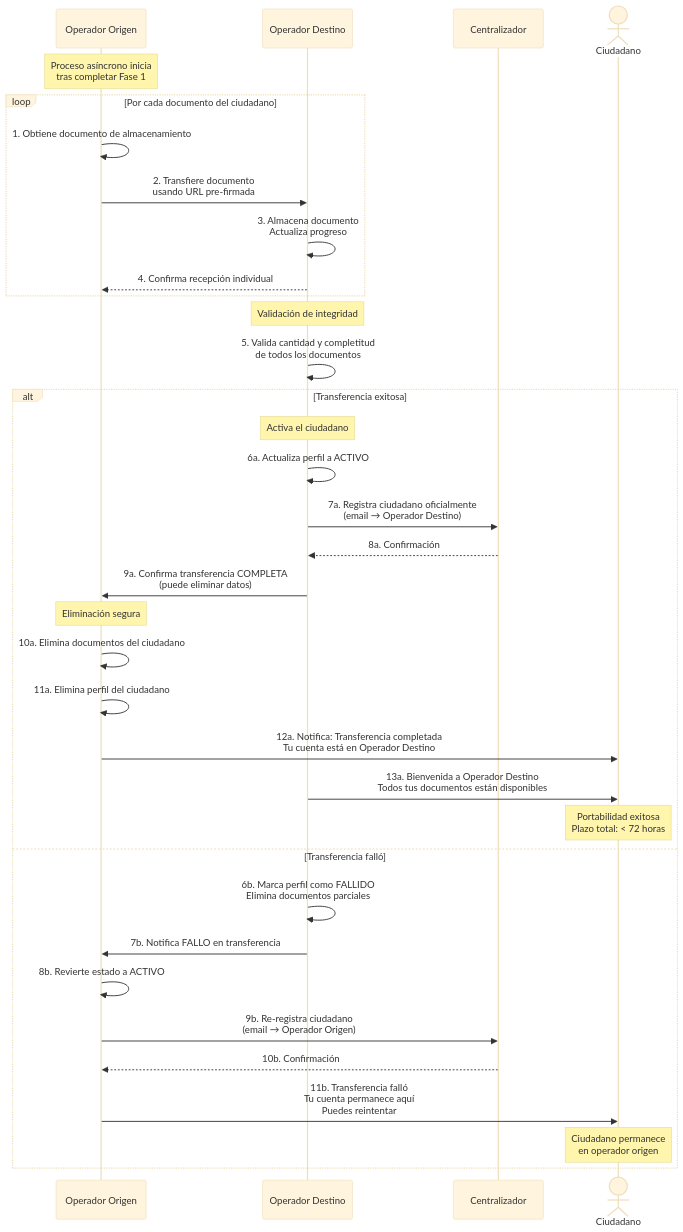
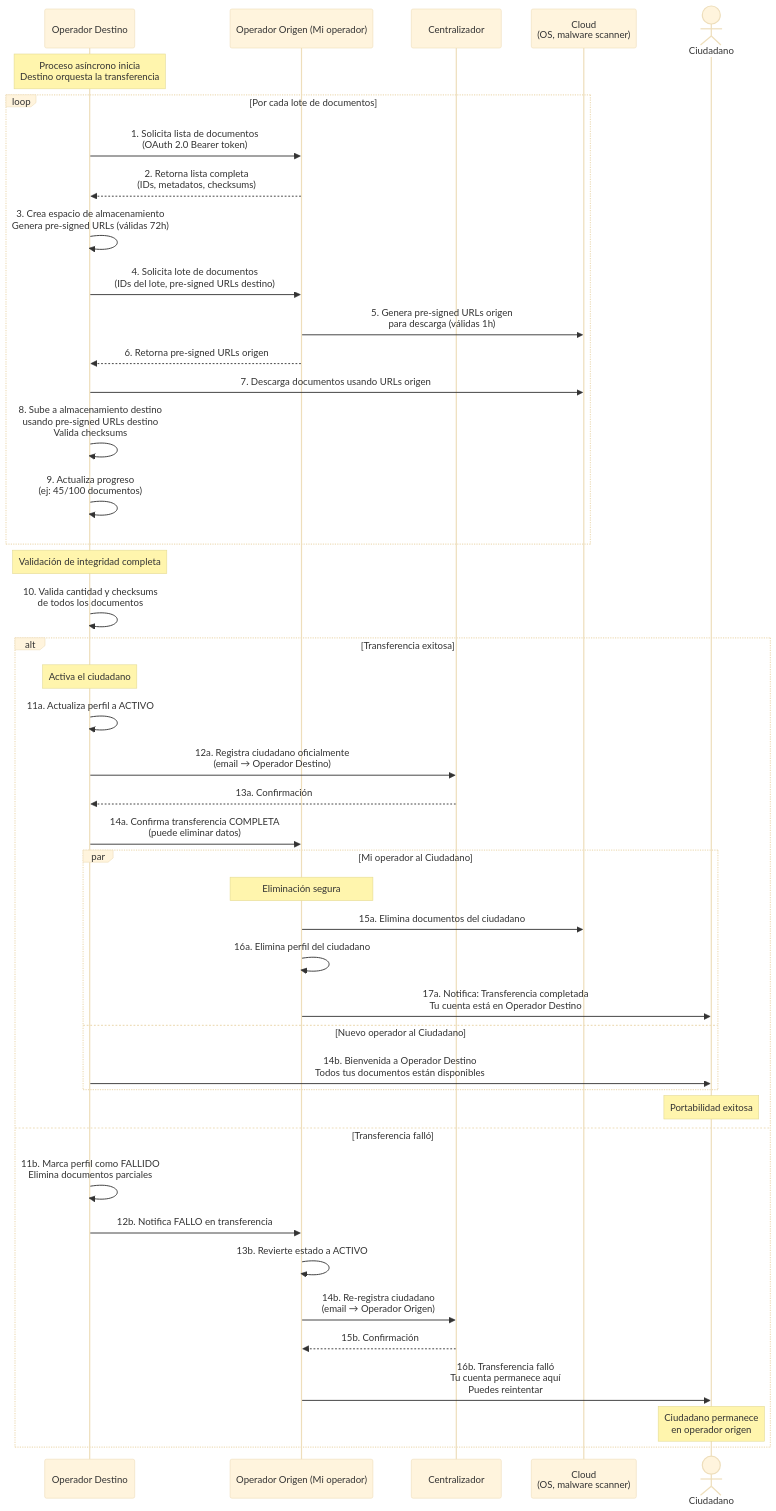
The ninth of 10 diagrams in docs/c4_diagrams.md (edwaraco/carpetaCiudadana), drawn with Mermaid (base theme) before and after one commit. The commit also changed other lines of this file, not shown here.

Commit message:
feat(architecture): Update Sequence diagramas for transfering a citizien

````diff
--- a/docs/c4_diagrams.md
+++ b/docs/c4_diagrams.md
@@ -543,56 +542,69 @@
 ```mermaid
 sequenceDiagram
-    participant OPA as Operador Origen
     participant OPB as Operador Destino
+    participant OPA as Operador Origen (Mi operador)
     participant CENT as Centralizador
+    participant cloud_srv as Cloud<br>(OS, malware scanner)
     actor C as Ciudadano
 
-    Note over OPA: Proceso asíncrono inicia<br/>tras completar Fase 1
+    Note over OPB: Proceso asíncrono inicia<br/>Destino orquesta la transferencia
 
-    loop Por cada documento del ciudadano
-        OPA->>OPA: 1. Obtiene documento de almacenamiento
 
-        OPA->>OPB: 2. Transfiere documento<br/>usando URL pre-firmada
+    loop Por cada lote de documentos
+        OPB->>OPA: 1. Solicita lista de documentos<br/>(OAuth 2.0 Bearer token)
+        OPA-->>OPB: 2. Retorna lista completa<br/>(IDs, metadatos, checksums)
 
-        OPB->>OPB: 3. Almacena documento<br/>Actualiza progreso
+        OPB->>OPB: 3. Crea espacio de almacenamiento<br/>Genera pre-signed URLs (válidas 72h)
 
-        OPB-->>OPA: 4. Confirma recepción individual
+        OPB->>OPA: 4. Solicita lote de documentos<br/>(IDs del lote, pre-signed URLs destino)
+
+        OPA->>cloud_srv: 5. Genera pre-signed URLs origen<br/>para descarga (válidas 1h)
+
+        OPA-->>OPB: 6. Retorna pre-signed URLs origen
+
+        OPB->>cloud_srv: 7. Descarga documentos usando URLs origen
+
+        OPB->>OPB: 8. Sube a almacenamiento destino<br/>usando pre-signed URLs destino<br/>Valida checksums
+
+        OPB->>OPB: 9. Actualiza progreso<br/>(ej: 45/100 documentos)
     end
 
-    Note over OPB: Validación de integridad
-    OPB->>OPB: 5. Valida cantidad y completitud<br/>de todos los documentos
+    Note over OPB: Validación de integridad completa
+    OPB->>OPB: 10. Valida cantidad y checksums<br/>de todos los documentos
 
     alt Transferencia exitosa
         Note over OPB: Activa el ciudadano
-        OPB->>OPB: 6a. Actualiza perfil a ACTIVO
+        OPB->>OPB: 11a. Actualiza perfil a ACTIVO
 
-        OPB->>CENT: 7a. Registra ciudadano oficialmente<br/>(email → Operador Destino)
-        CENT-->>OPB: 8a. Confirmación
+        OPB->>CENT: 12a. Registra ciudadano oficialmente<br/>(email → Operador Destino)
+        CENT-->>OPB: 13a. Confirmación
 
-        OPB->>OPA: 9a. Confirma transferencia COMPLETA<br/>(puede eliminar datos)
+        OPB->>OPA: 14a. Confirma transferencia COMPLETA<br/>(puede eliminar datos)
 
-        Note over OPA: Eliminación segura
-        OPA->>OPA: 10a. Elimina documentos del ciudadano
-        OPA->>OPA: 11a. Elimina perfil del ciudadano
+        
+        par Mi operador al Ciudadano
+            Note over OPA: Eliminación segura
+            OPA->>cloud_srv: 15a. Elimina documentos del ciudadano
+            OPA->>OPA: 16a. Elimina perfil del ciudadano
 
-        OPA->>C: 12a. Notifica: Transferencia completada<br/>Tu cuenta está en Operador Destino
-
-        OPB->>C: 13a. Bienvenida a Operador Destino<br/>Todos tus documentos están disponibles
-
-        Note over C: Portabilidad exitosa<br/>Plazo total: < 72 horas
+            OPA->>C: 17a. Notifica: Transferencia completada<br/>Tu cuenta está en Operador Destino
+        and Nuevo operador al Ciudadano
+            OPB->>C: 14b. Bienvenida a Operador Destino<br/>Todos tus documentos están disponibles
+        end
+        Note over C: Portabilidad exitosa
 
     else Transferencia falló
-        OPB->>OPB: 6b. Marca perfil como FALLIDO<br/>Elimina documentos parciales
+        OPB->>OPB: 11b. Marca perfil como FALLIDO<br/>Elimina documentos parciales
 
-        OPB->>OPA: 7b. Notifica FALLO en transferencia
+        OPB->>OPA: 12b. Notifica FALLO en transferencia
 
-        OPA->>OPA: 8b. Revierte estado a ACTIVO
+        OPA->>OPA: 13b. Revierte estado a ACTIVO
 
-        OPA->>CENT: 9b. Re-registra ciudadano<br/>(email → Operador Origen)
-        CENT-->>OPA: 10b. Confirmación
+        OPA->>CENT: 14b. Re-registra ciudadano<br/>(email → Operador Origen)
+        CENT-->>OPA: 15b. Confirmación
 
-        OPA->>C: 11b. Transferencia falló<br/>Tu cuenta permanece aquí<br/>Puedes reintentar
+        OPA->>C: 16b. Transferencia falló<br/>Tu cuenta permanece aquí<br/>Puedes reintentar
 
         Note over C: Ciudadano permanece<br/>en operador origen
     end
 ```
````
